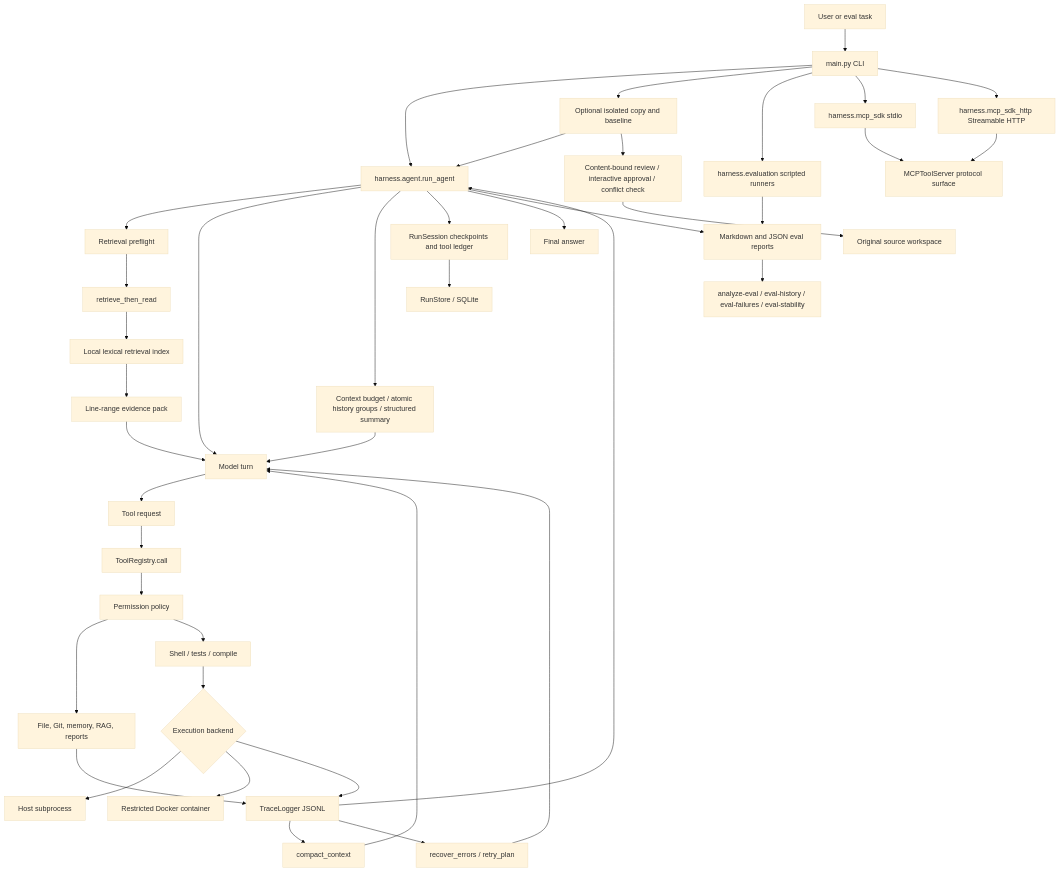
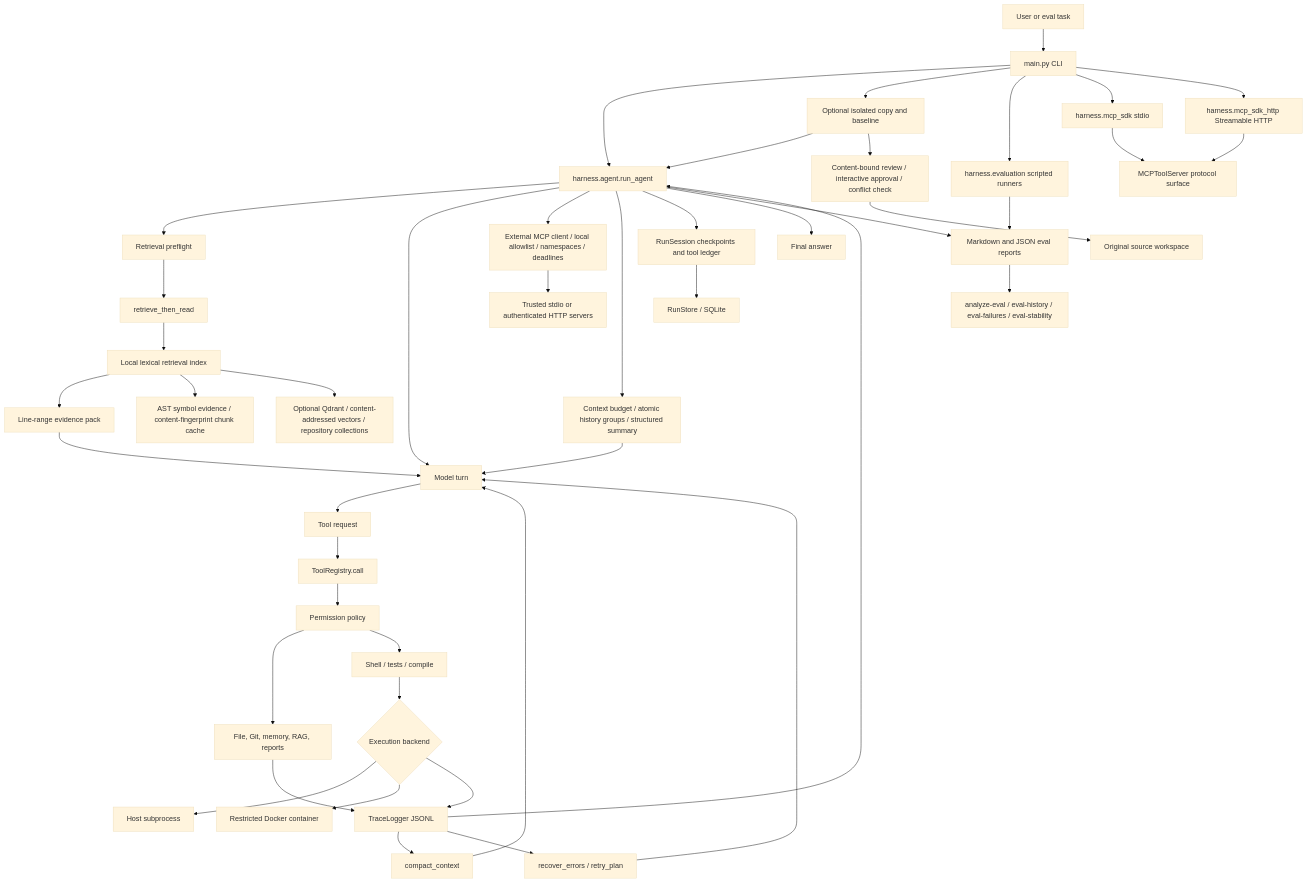
Before and after one commit to Userss1234/mini-coding-agent-harness: the first of 5 diagrams in docs/ARCHITECTURE.md, drawn with Mermaid (base theme). The commit also changed other lines of this file and 62 other files, not shown here.

````diff
--- a/docs/ARCHITECTURE.md
+++ b/docs/ARCHITECTURE.md
@@ -12,47 +22,51 @@
 ```mermaid
 flowchart TD
     U["User or eval task"] --> CLI["main.py CLI"]
     CLI --> Agent["harness.agent.run_agent"]
     CLI --> Workspace["Optional isolated copy and baseline"]
     Workspace --> Agent
     Workspace --> Patch["Content-bound review / interactive approval / conflict check"]
     Patch --> Source["Original source workspace"]
     CLI --> Scripted["harness.evaluation scripted runners"]
     CLI --> MCPStdio["harness.mcp_sdk stdio"]
     CLI --> MCPHTTP["harness.mcp_sdk_http Streamable HTTP"]
     MCPStdio --> MCPProtocol["MCPToolServer protocol surface"]
     MCPHTTP --> MCPProtocol
 
     Agent --> Preflight["Retrieval preflight"]
     Preflight --> RTR["retrieve_then_read"]
     RTR --> RAG["Local lexical retrieval index"]
     RAG --> Evidence["Line-range evidence pack"]
     Evidence --> Model["Model turn"]
 
     Agent --> Model
+    Agent --> MCPClient["External MCP client / local allowlist / namespaces / deadlines"]
+    MCPClient --> External["Trusted stdio or authenticated HTTP servers"]
+    RAG --> Symbols["AST symbol evidence / content-fingerprint chunk cache"]
+    RAG --> Qdrant["Optional Qdrant / content-addressed vectors / repository collections"]
     Agent --> ContextWindow["Context budget / atomic history groups / structured summary"]
     ContextWindow --> Model
     Agent --> RunSession["RunSession checkpoints and tool ledger"]
     RunSession --> RunStore["RunStore / SQLite"]
     Model --> ToolUse["Tool request"]
     ToolUse --> Registry["ToolRegistry.call"]
     Registry --> Policy["Permission policy"]
     Policy --> Tools["File, Git, memory, RAG, reports"]
     Policy --> Execute["Shell / tests / compile"]
     Execute --> Backend{"Execution backend"}
     Backend --> Host["Host subprocess"]
     Backend --> Docker["Restricted Docker container"]
     Tools --> Trace["TraceLogger JSONL"]
     Backend --> Trace
     Trace --> Agent
 
     Trace --> Compact["compact_context"]
     Trace --> Retry["recover_errors / retry_plan"]
     Compact --> Model
     Retry --> Model
 
     Agent --> Answer["Final answer"]
     Scripted --> EvalReport["Markdown and JSON eval reports"]
     Agent --> EvalReport
     EvalReport --> Analysis["analyze-eval / eval-history / eval-failures / eval-stability"]
 ```
````
